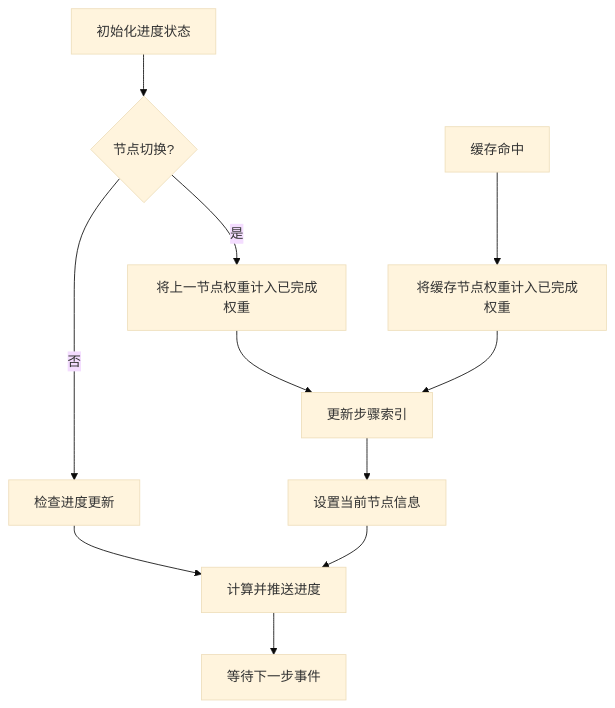
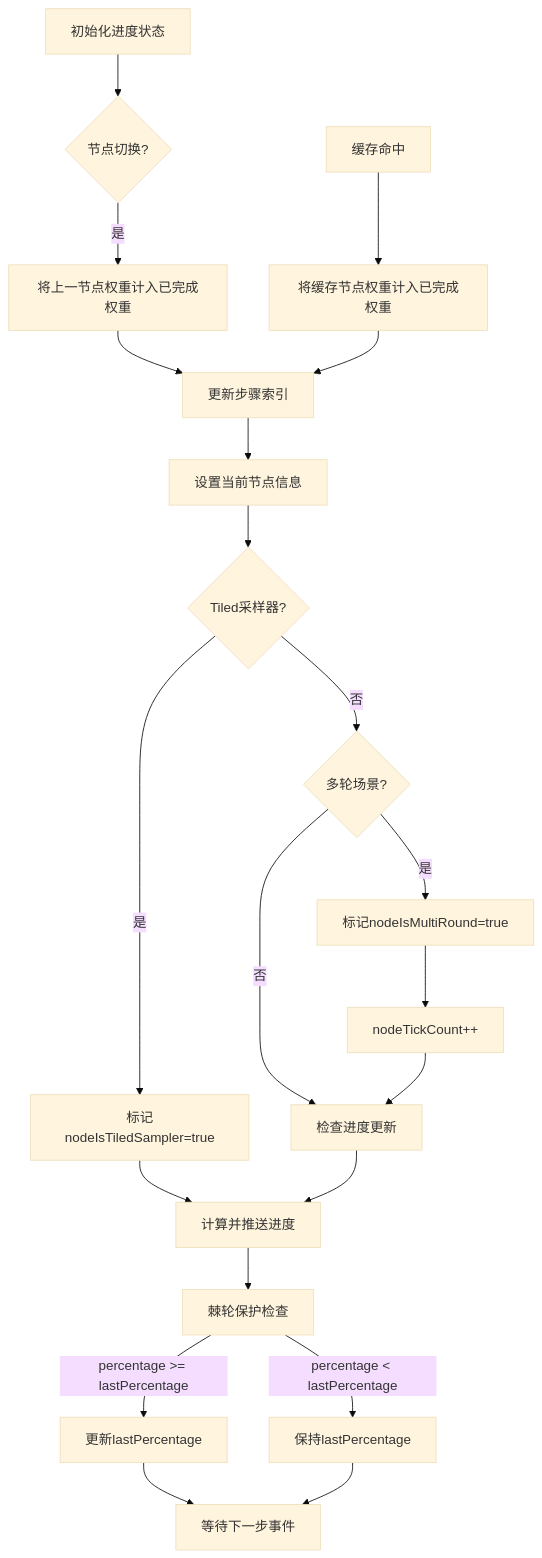
Before and after one commit to billye220670/CorineKit_Pix2Real: the fifth of 6 diagrams in .qoder/repowiki/zh/content/项目概述/技术架构概览/前端架构设计/状态管理系统.md, drawn with Mermaid (base theme). The commit also changed other lines of this file and 73 other files, not shown here.

````diff
--- a/.qoder/repowiki/zh/content/项目概述/技术架构概览/前端架构设计/状态管理系统.md
+++ b/.qoder/repowiki/zh/content/项目概述/技术架构概览/前端架构设计/状态管理系统.md
@@ -348,13 +356,23 @@
 ```mermaid
 flowchart TD
 Init["初始化进度状态"] --> NodeChange{"节点切换?"}
 NodeChange --> |是| CompleteWeight["将上一节点权重计入已完成权重"]
 CompleteWeight --> UpdateStep["更新步骤索引"]
 UpdateStep --> SetCurrent["设置当前节点信息"]
-SetCurrent --> EmitProgress["计算并推送进度"]
-NodeChange --> |否| CheckProgress["检查进度更新"]
+SetCurrent --> CheckTiled{"Tiled采样器?"}
+CheckTiled --> |是| SetTiled["标记nodeIsTiledSampler=true"]
+CheckTiled --> |否| CheckMulti{"多轮场景?"}
+SetTiled --> EmitProgress["计算并推送进度"]
+CheckMulti --> |是| SetMulti["标记nodeIsMultiRound=true"]
+CheckMulti --> |否| CheckProgress["检查进度更新"]
+SetMulti --> UpdateTick["nodeTickCount++"]
+UpdateTick --> CheckProgress
 CheckProgress --> EmitProgress
 CacheHit["缓存命中"] --> AddWeight["将缓存节点权重计入已完成权重"]
 AddWeight --> UpdateStep
-EmitProgress --> Wait["等待下一步事件"]
+EmitProgress --> CheckRatchet["棘轮保护检查"]
+CheckRatchet --> |percentage < lastPercentage| KeepLast["保持lastPercentage"]
+CheckRatchet --> |percentage >= lastPercentage| UpdateLast["更新lastPercentage"]
+UpdateLast --> Wait["等待下一步事件"]
+KeepLast --> Wait
 ```
````
